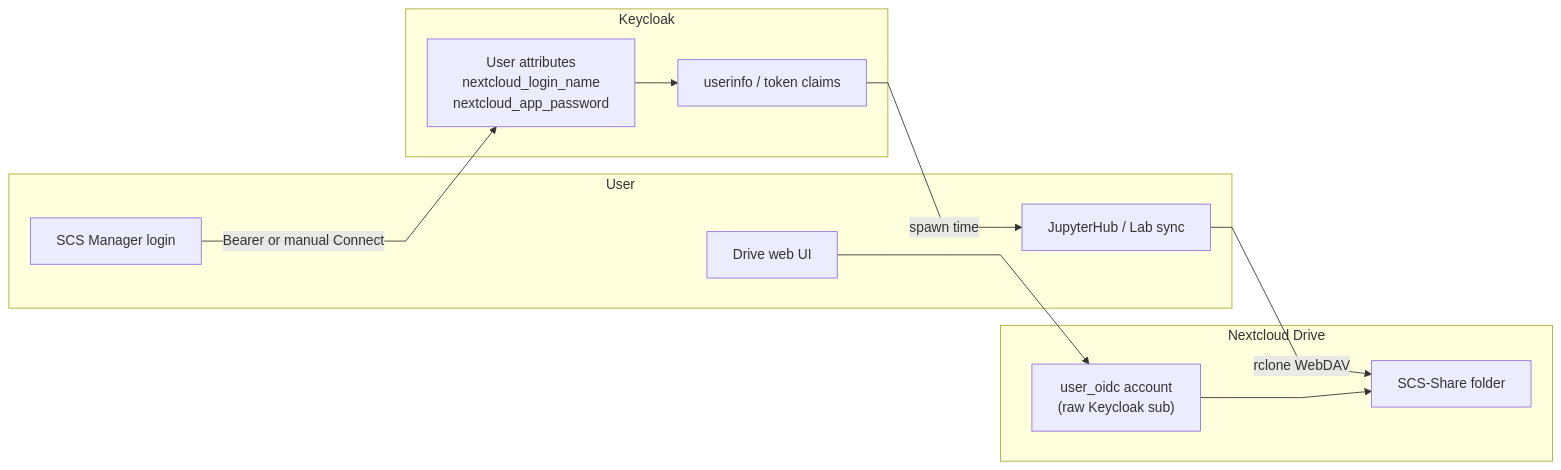
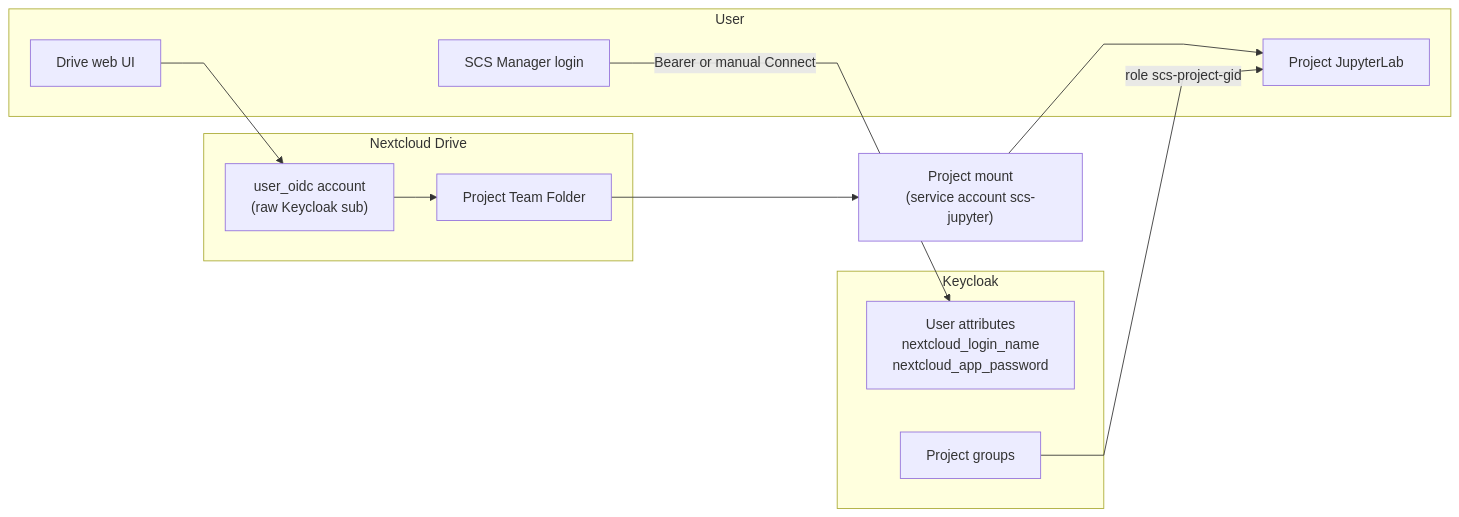
Before and after one commit to soda-collections-objects-data-literacy/soda_scs_manager_deployment: the diagram in docs/en/technical/troubleshooting/scs-drive-jupyter-connection.md, drawn with Mermaid. The commit also changed other lines of this file and 8 other files, not shown here.

First line of the commit message:
feat(jupyter): wire the shared project JupyterLab

````diff
--- a/docs/en/technical/troubleshooting/scs-drive-jupyter-connection.md
+++ b/docs/en/technical/troubleshooting/scs-drive-jupyter-connection.md
@@ -9,23 +9,24 @@
 ```mermaid
 %%{init: {"flowchart": {"curve": "linear"}} }%%
 flowchart LR
   subgraph user_actions [User]
     SM[SCS Manager login]
     Drive[Drive web UI]
-    JH[JupyterHub / Lab sync]
+    Lab[Project JupyterLab]
   end
   subgraph keycloak [Keycloak]
     Attr["User attributes\nnextcloud_login_name\nnextcloud_app_password"]
-    Userinfo[userinfo / token claims]
+    Groups[Project groups]
   end
   subgraph nextcloud [Nextcloud Drive]
     NCAccount["user_oidc account\n(raw Keycloak sub)"]
-    Share[SCS-Share folder]
+    TeamFolder[Project Team Folder]
   end
+  Mount["Project mount\n(service account scs-jupyter)"]
   SM -->|Bearer or manual Connect| Attr
-  Attr --> Userinfo
-  Userinfo -->|spawn time| JH
-  JH -->|rclone WebDAV| Share
   Drive --> NCAccount
-  NCAccount --> Share
+  NCAccount --> TeamFolder
+  TeamFolder --> Mount
+  Mount --> Lab
+  Groups -->|role scs-project-gid| Lab
 ```
````
